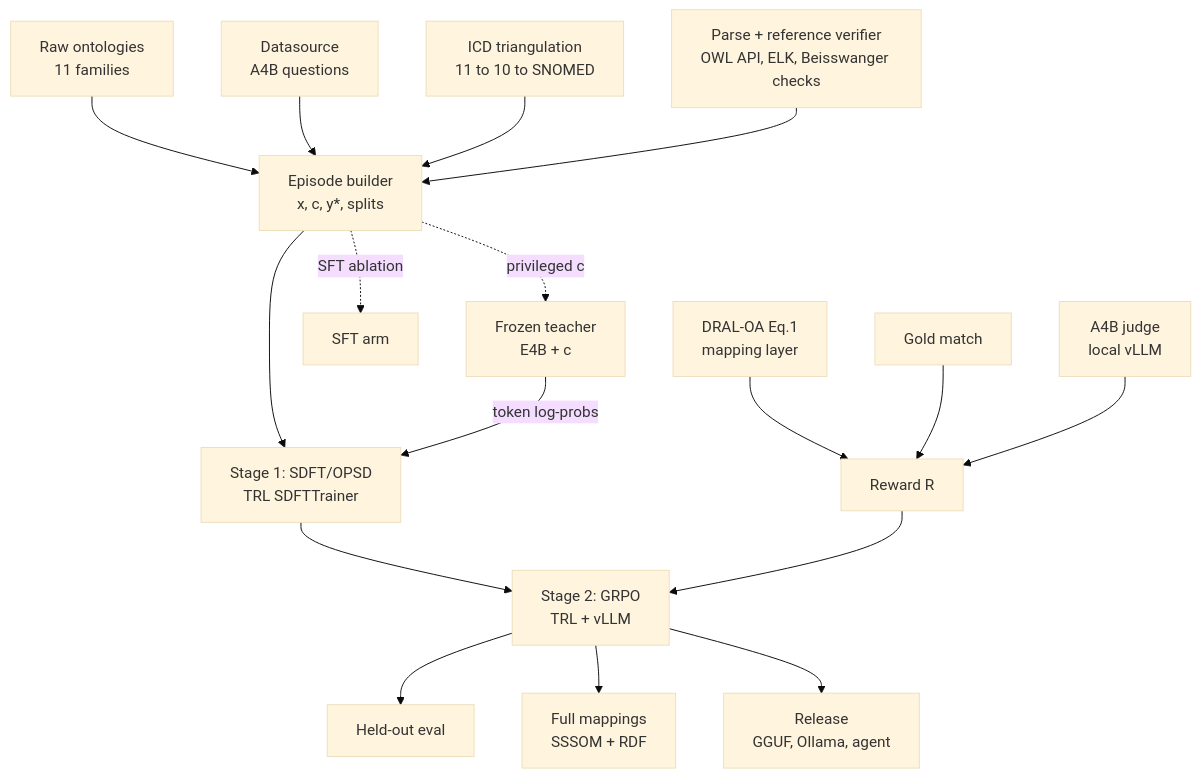
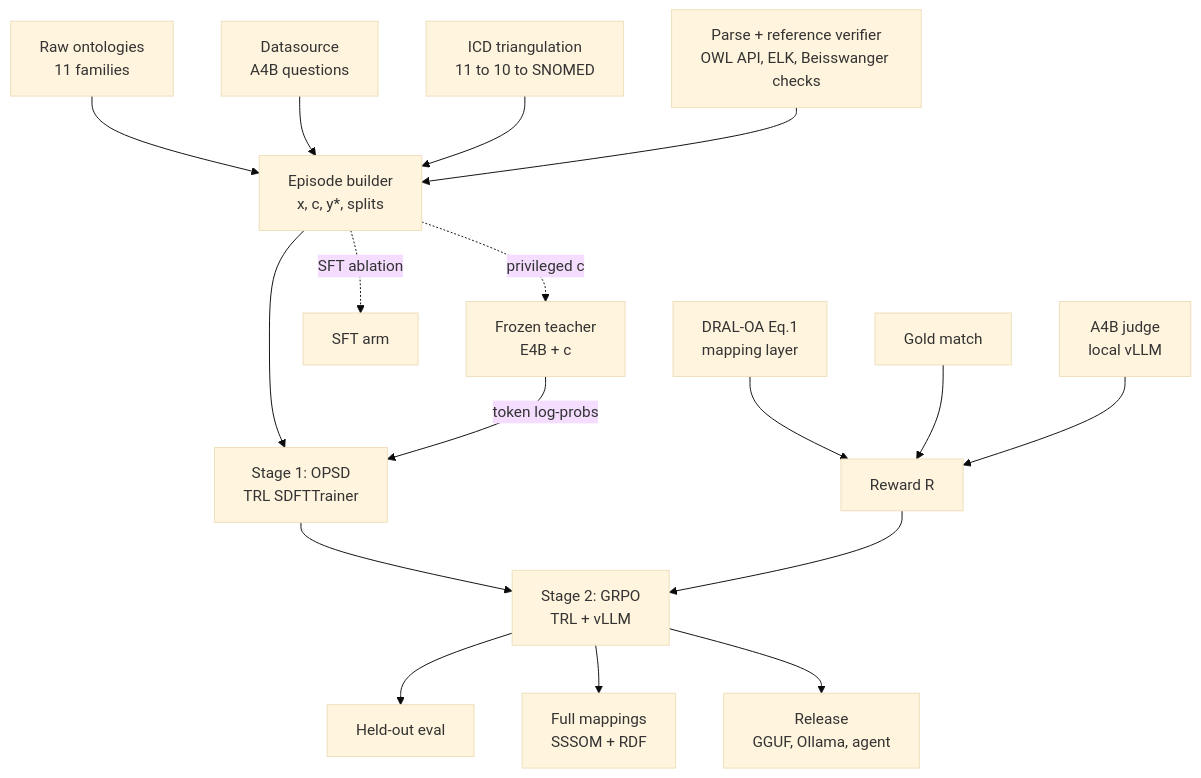
Before and after one commit to AGR19/OA-RLAIF: the diagram in docs/PLAN.md, drawn with Mermaid (base theme). The commit also changed other lines of this file and 25 other files, not shown here.

````diff
--- a/docs/PLAN.md
+++ b/docs/PLAN.md
@@ -43,19 +43,19 @@
 ```mermaid
 flowchart TB
   R[Raw ontologies<br/>11 families] --> B[Episode builder<br/>x, c, y*, splits]
   T[Datasource<br/>A4B questions] --> B
   I[ICD triangulation<br/>11 to 10 to SNOMED] --> B
-  B --> S1[Stage 1: SDFT/OPSD<br/>TRL SDFTTrainer]
+  B --> S1[Stage 1: OPSD<br/>TRL SDFTTrainer]
   B -. privileged c .-> TE[Frozen teacher<br/>E4B + c]
   V[Parse + reference verifier<br/>OWL API, ELK, Beisswanger checks] --> B
   TE -- token log-probs --> S1
   B -. SFT ablation .-> SFT[SFT arm]
   S1 --> S2[Stage 2: GRPO<br/>TRL + vLLM]
   D[DRAL-OA Eq.1<br/>mapping layer] --> RW[Reward R]
   G[Gold match] --> RW
   J[A4B judge<br/>local vLLM] --> RW
   RW --> S2
   S2 --> E[Held-out eval]
   S2 --> F[Full mappings<br/>SSSOM + RDF]
   S2 --> X[Release<br/>GGUF, Ollama, agent]
 ```
````
